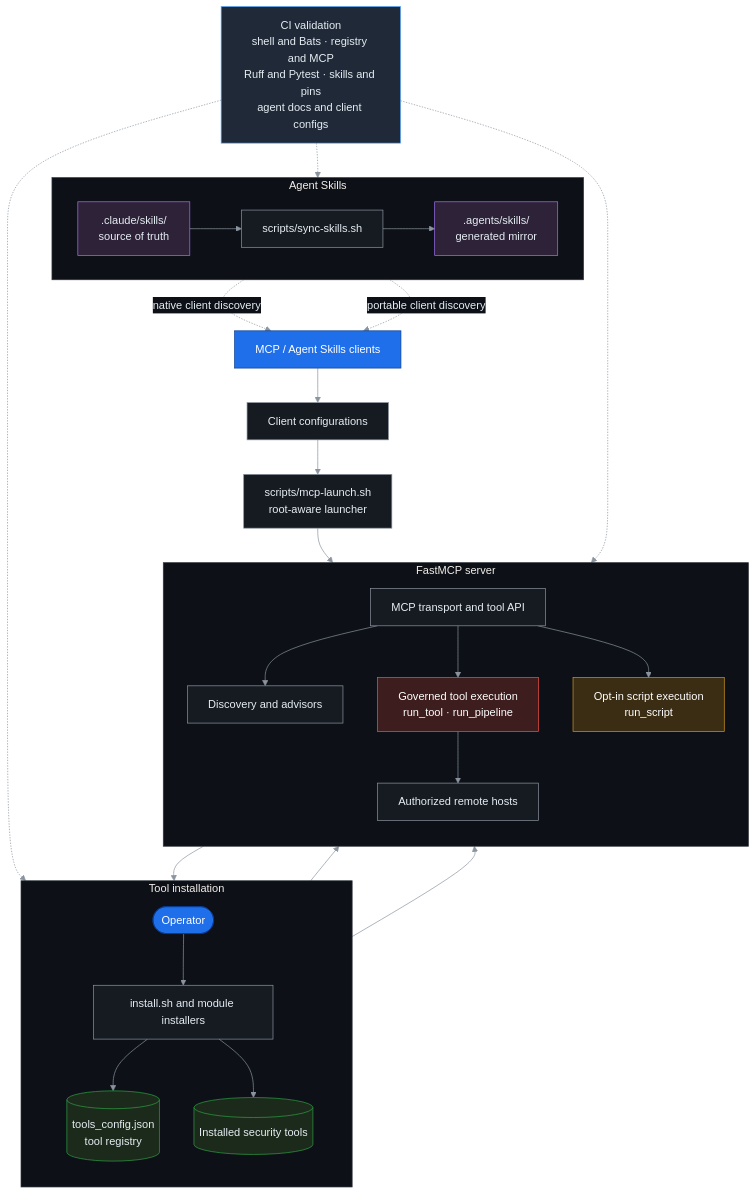
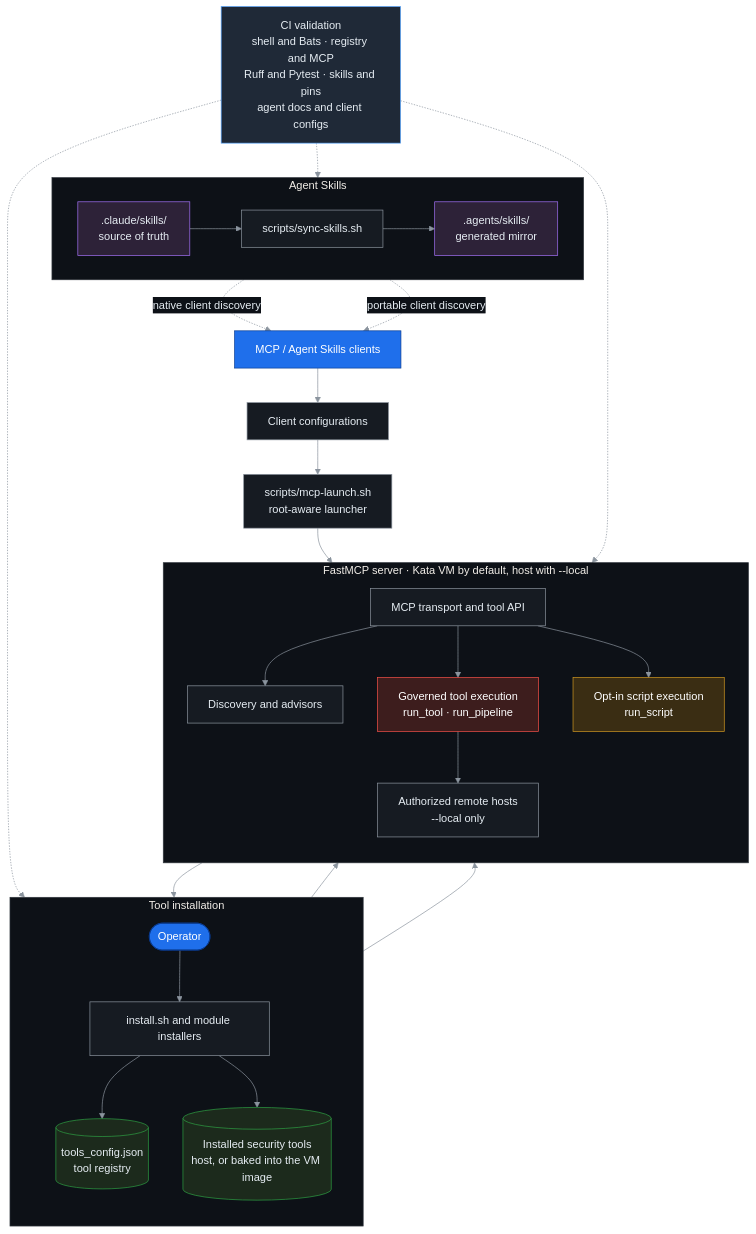
The diagram in assets/how-it-works.mmd (26zl/cybersec-toolkit), drawn with Mermaid before and after one commit. The commit also changed 72 other files, not shown here.

```diff
--- a/assets/how-it-works.mmd
+++ b/assets/how-it-works.mmd
@@ -1,64 +1,64 @@
 %%{init: {"theme": "base", "themeVariables": {"background": "#0d1117", "primaryColor": "#161b22", "primaryTextColor": "#e6edf3", "primaryBorderColor": "#8b949e", "lineColor": "#8b949e", "secondaryColor": "#161b22", "tertiaryColor": "#0d1117", "clusterBkg": "#0d1117", "clusterBorder": "#30363d", "edgeLabelBackground": "#0d1117", "fontFamily": "Inter, ui-sans-serif, system-ui, sans-serif"}}}%%
 flowchart TB
     clients["MCP / Agent Skills clients"]:::actor
     configs["Client configurations"]:::core
     launcher["scripts/mcp-launch.sh<br/>root-aware launcher"]:::core
 
     clients --> configs --> launcher
 
-    subgraph MCP["FastMCP server"]
+    subgraph MCP["FastMCP server · Kata VM by default, host with --local"]
         direction TB
         gateway["MCP transport and tool API"]:::core
         advisors["Discovery and advisors"]:::core
         governed["Governed tool execution<br/>run_tool · run_pipeline"]:::security
         scripts["Opt-in script execution<br/>run_script"]:::optin
-        remote["Authorized remote hosts"]:::core
+        remote["Authorized remote hosts<br/>--local only"]:::core
 
         gateway --> advisors
         gateway --> governed
         gateway --> scripts
         governed --> remote
     end
 
     launcher --> gateway
 
     subgraph INSTALLER["Tool installation"]
         direction TB
         operator(["Operator"]):::actor
         installer["install.sh and module installers"]:::core
         registry[("tools_config.json<br/>tool registry")]:::data
-        installed[("Installed security tools")]:::data
+        installed[("Installed security tools<br/>host, or baked into the VM image")]:::data
 
         operator --> installer
         installer --> registry
         installer --> installed
     end
 
     registry --> advisors
     registry --> governed
     governed --> installed
 
     subgraph SKILLS["Agent Skills"]
         direction LR
         source[".claude/skills/<br/>source of truth"]:::skill
         sync["scripts/sync-skills.sh"]:::core
         mirror[".agents/skills/<br/>generated mirror"]:::skill
 
         source --> sync --> mirror
     end
 
     source -. "native client discovery" .-> clients
     mirror -. "portable client discovery" .-> clients
 
     ci["CI validation<br/>shell and Bats · registry and MCP<br/>Ruff and Pytest · skills and pins<br/>agent docs and client configs"]:::ci
     ci -.-> registry
     ci -.-> gateway
     ci -.-> source
 
     classDef actor fill:#1f6feb,stroke:#0b3d91,color:#ffffff;
     classDef core fill:#161b22,stroke:#8b949e,color:#e6edf3;
     classDef data fill:#1c2a1c,stroke:#2ea043,color:#e6edf3;
     classDef security fill:#3d1d1d,stroke:#f85149,color:#ffffff;
     classDef optin fill:#3a2d13,stroke:#d29922,color:#ffffff;
     classDef skill fill:#2d2238,stroke:#a371f7,color:#e6edf3;
     classDef ci fill:#1f2937,stroke:#58a6ff,color:#e6edf3;
```
